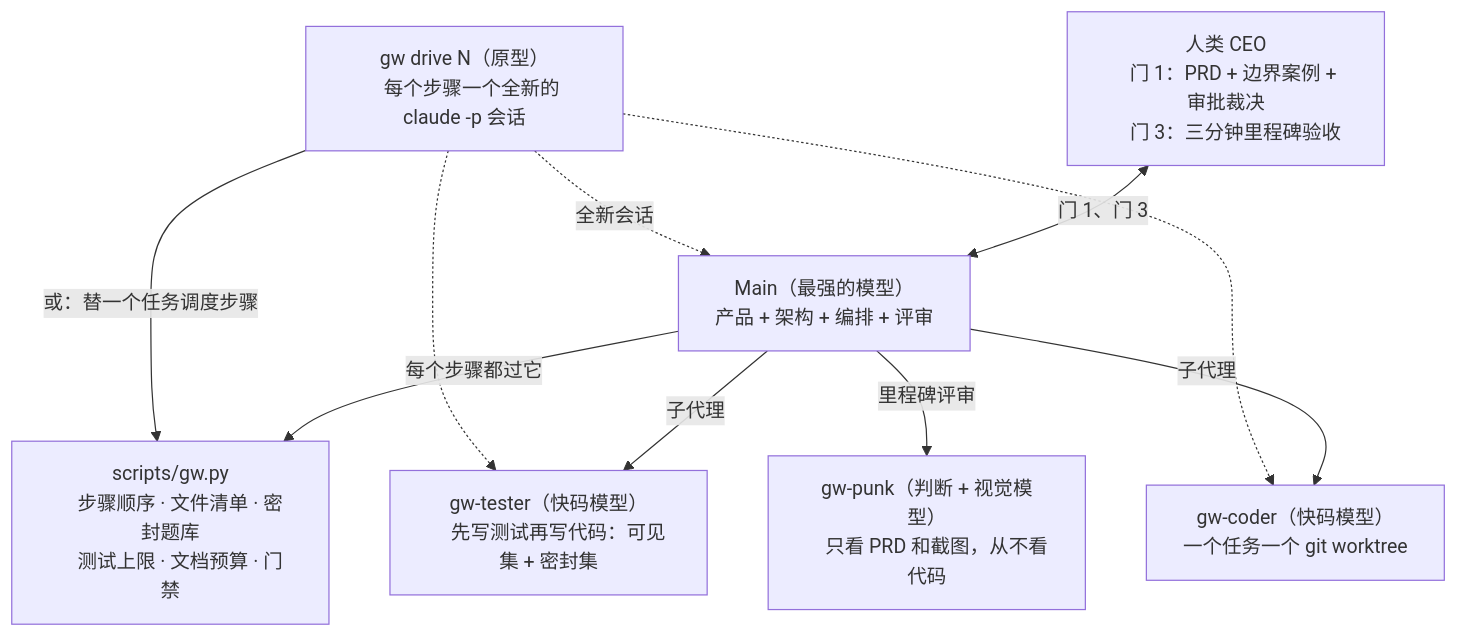
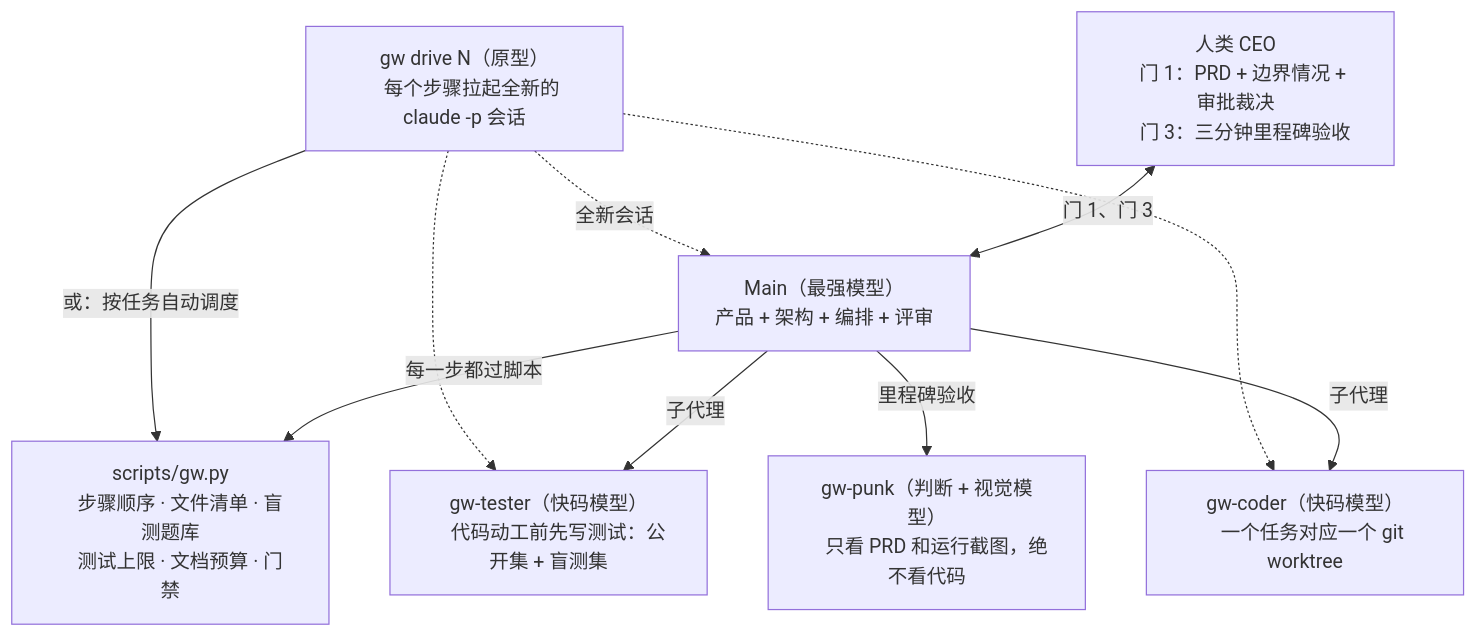
The diagram in README.zh-CN.md (Ramirez0291/graph-workflow), drawn with Mermaid before and after one commit. The commit also changed other lines of this file and 2 other files, not shown here.

````diff
--- a/README.zh-CN.md
+++ b/README.zh-CN.md
@@ -47,29 +47,29 @@
 ```mermaid
 flowchart TD
     CEO["人类 CEO
-    门 1：PRD + 边界案例 + 审批裁决
+    门 1：PRD + 边界情况 + 审批裁决
     门 3：三分钟里程碑验收"]
-    Main["Main（最强的模型）
+    Main["Main（最强模型）
     产品 + 架构 + 编排 + 评审"]
     GW["scripts/gw.py
-    步骤顺序 · 文件清单 · 密封题库
+    步骤顺序 · 文件清单 · 盲测题库
     测试上限 · 文档预算 · 门禁"]
     Drive["gw drive N（原型）
-    每个步骤一个全新的 claude -p 会话"]
+    每个步骤拉起全新的 claude -p 会话"]
     Tester["gw-tester（快码模型）
-    先写测试再写代码：可见集 + 密封集"]
+    代码动工前先写测试：公开集 + 盲测集"]
     Coder["gw-coder（快码模型）
-    一个任务一个 git worktree"]
+    一个任务对应一个 git worktree"]
     Punk["gw-punk（判断 + 视觉模型）
-    只看 PRD 和截图，从不看代码"]
+    只看 PRD 和运行截图，绝不看代码"]
 
     CEO <-->|"门 1、门 3"| Main
-    Main -->|"每个步骤都过它"| GW
+    Main -->|"每一步都过脚本"| GW
     Main -->|"子代理"| Tester
     Main -->|"子代理"| Coder
-    Main -->|"里程碑评审"| Punk
-    Drive -->|"或：替一个任务调度步骤"| GW
+    Main -->|"里程碑验收"| Punk
+    Drive -->|"或：按任务自动调度"| GW
     Drive -.->|"全新会话"| Main
     Drive -.-> Tester
     Drive -.-> Coder
 ```
````
